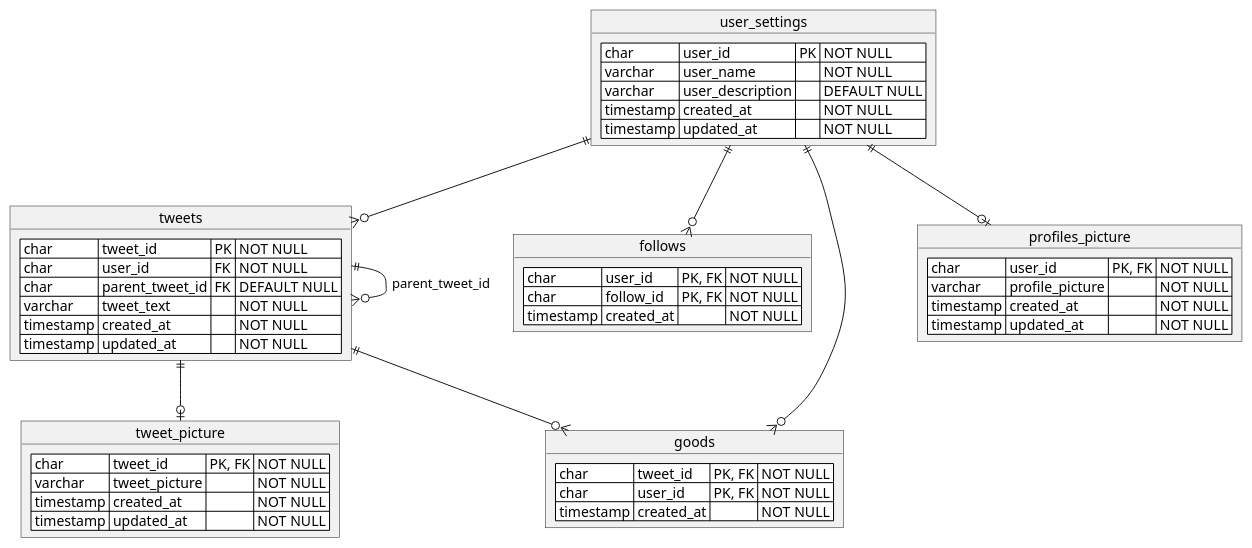
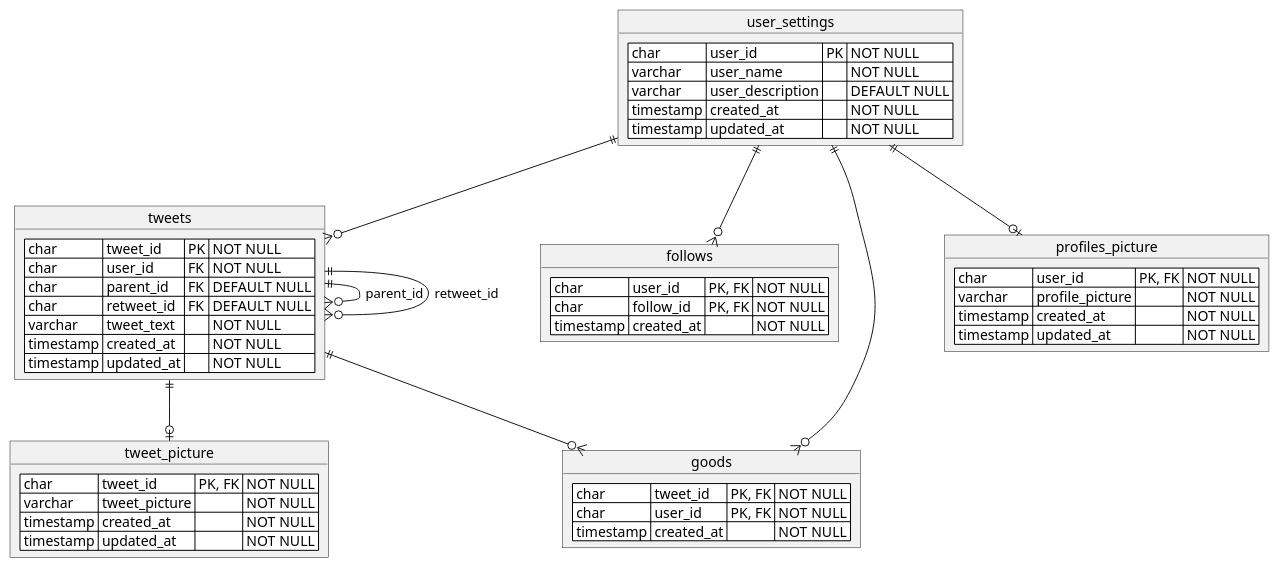
The diagram in docs/erd.puml (tetsushi-yamada/hackathon_backend), drawn with PlantUML before and after one commit. The commit also changed 17 other files, not shown here.

```diff
--- a/docs/erd.puml
+++ b/docs/erd.puml
@@ -1,54 +1,56 @@
 @startuml
 
 object user_settings {
     <#white>| char | user_id | PK | NOT NULL |
     <#white>| varchar | user_name | | NOT NULL |
     <#white>| varchar | user_description | | DEFAULT NULL |
     <#white>| timestamp | created_at | | NOT NULL |
     <#white>| timestamp | updated_at | | NOT NULL |
 }
 
 object tweets {
     <#white>| char | tweet_id | PK | NOT NULL |
     <#white>| char | user_id | FK | NOT NULL |
-    <#white>| char | parent_tweet_id | FK | DEFAULT NULL |
+    <#white>| char | parent_id | FK | DEFAULT NULL |
+    <#white>| char | retweet_id | FK | DEFAULT NULL |
     <#white>| varchar | tweet_text | | NOT NULL |
     <#white>| timestamp | created_at | | NOT NULL |
     <#white>| timestamp | updated_at | | NOT NULL |
 }
 
 object follows {
     <#white>| char | user_id | PK, FK | NOT NULL |
     <#white>| char | follow_id | PK, FK | NOT NULL |
     <#white>| timestamp | created_at | | NOT NULL |
 }
 
 object goods {
     <#white>| char | tweet_id | PK, FK | NOT NULL |
     <#white>| char | user_id | PK, FK | NOT NULL |
     <#white>| timestamp | created_at | | NOT NULL |
 }
 
 object profiles_picture {
     <#white>| char | user_id | PK, FK | NOT NULL |
     <#white>| varchar | profile_picture | | NOT NULL |
     <#white>| timestamp | created_at | | NOT NULL |
     <#white>| timestamp | updated_at | | NOT NULL |
 }
 
 object tweet_picture {
     <#white>| char | tweet_id | PK, FK | NOT NULL |
     <#white>| varchar | tweet_picture | | NOT NULL |
     <#white>| timestamp | created_at | | NOT NULL |
     <#white>| timestamp | updated_at | | NOT NULL |
 }
 
 user_settings ||--o{ tweets
 user_settings ||--o{ follows
 tweets ||--o{ goods
 user_settings ||--o{ goods
-tweets ||--o{ tweets : parent_tweet_id
+tweets ||--o{ tweets : parent_id
+tweets ||--o{ tweets : retweet_id
 user_settings ||--o| profiles_picture
 tweets ||--o| tweet_picture
 
 @enduml
```
